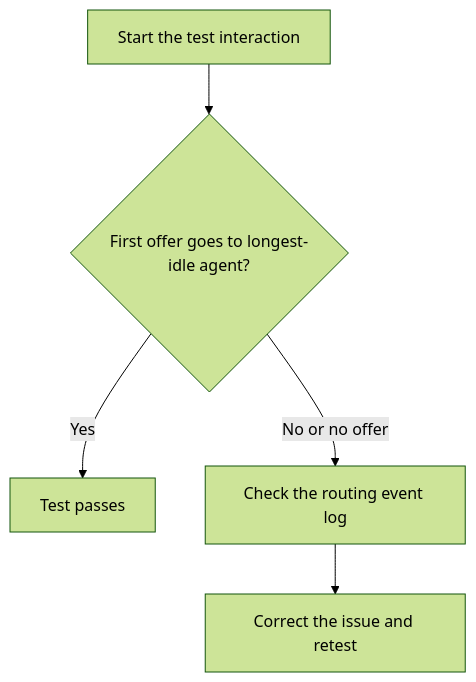
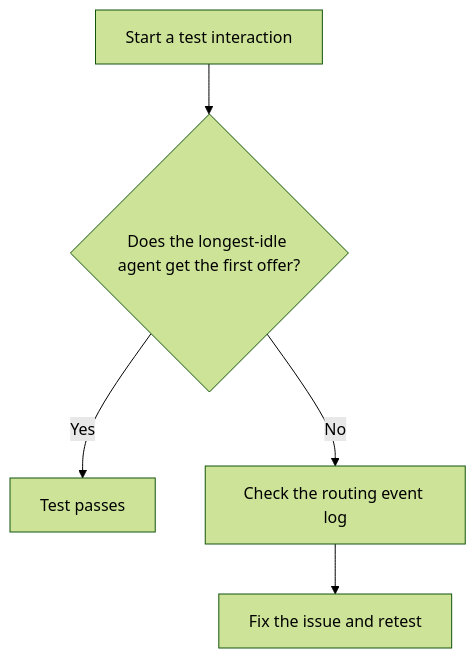
Before and after one commit to baysalkerem/technical-writing-portfolio: the diagram in docs/admin-guide/configure-routing.md, drawn with Mermaid (forest theme). The commit also changed other lines of this file and 15 other files, not shown here.

````diff
--- a/docs/admin-guide/configure-routing.md
+++ b/docs/admin-guide/configure-routing.md
@@ -32,9 +33,9 @@
 ```mermaid
 flowchart TD
     accTitle: Longest-idle routing validation
-    accDescr: Start a test interaction after both agents are ready. If the agent who became available first receives the first offer, the test passes. Otherwise, check the routing event log, correct the issue, and repeat the test.
-    Start["Start the test interaction"] --> Offer{"First offer goes to longest-idle agent?"}:::decision
+    accDescr: Start a test interaction after both agents are ready. The test passes if the agent who became available first receives the first offer. Otherwise, check the event log, fix the issue, and retest.
+    Start["Start a test interaction"] --> Offer{"Does the longest-idle agent get the first offer?"}:::decision
     Offer -->|Yes| Pass["Test passes"]:::success
-    Offer -->|No or no offer| Inspect["Check the routing event log"]
-    Inspect --> Retry["Correct the issue and retest"]
+    Offer -->|No| Inspect["Check the routing event log"]
+    Inspect --> Retry["Fix the issue and retest"]
 ```
````
